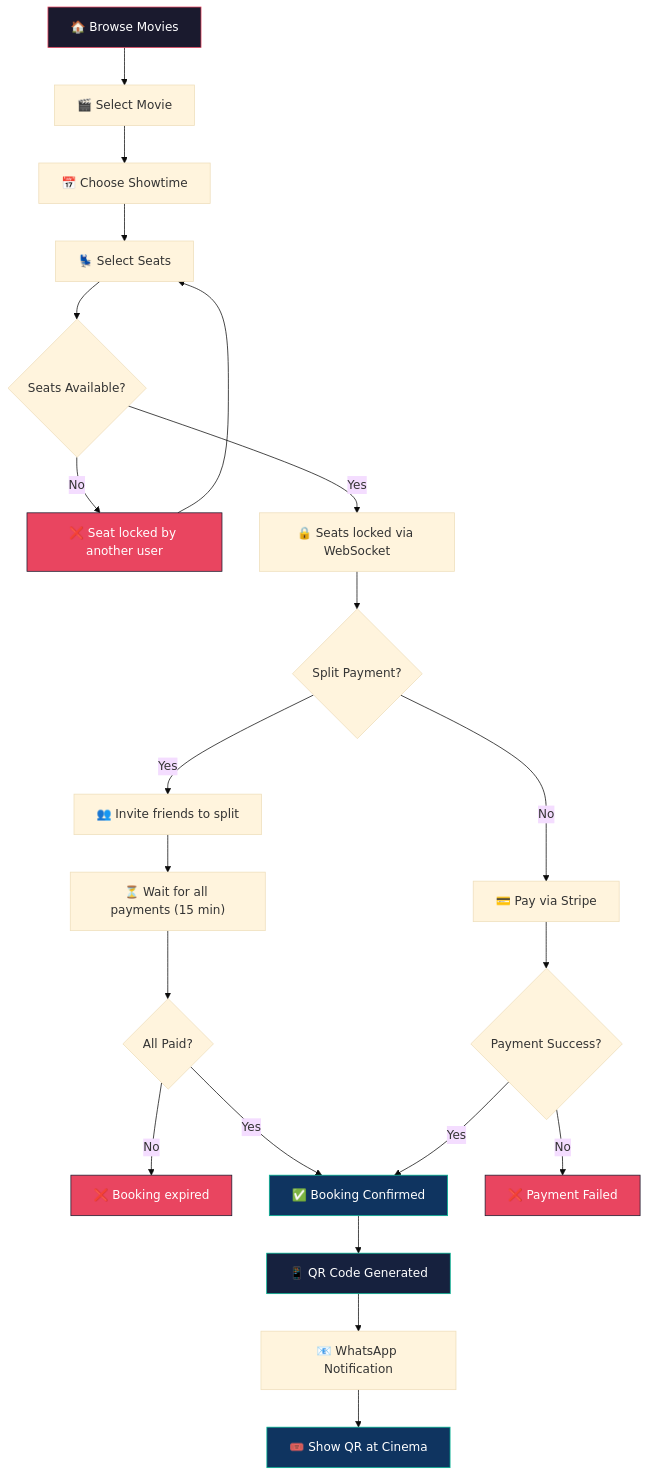
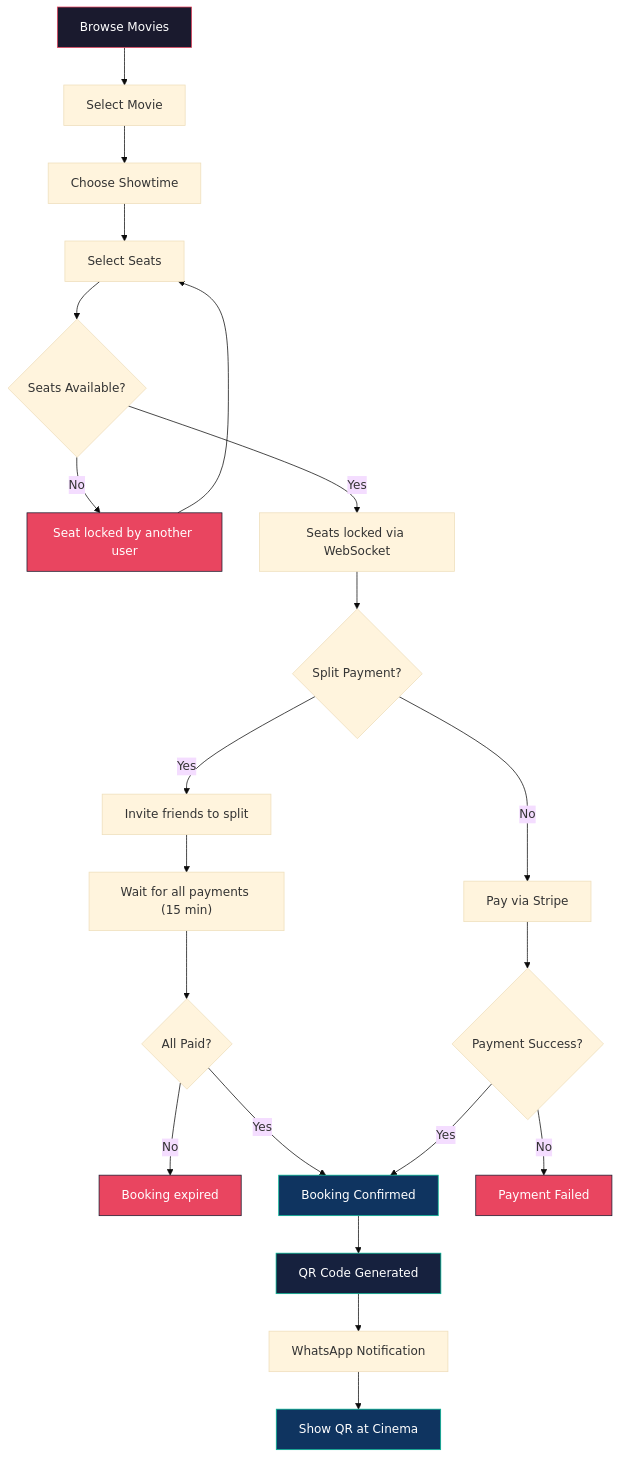
The sixth of 7 diagrams in README.md (Ntharusha/Lankan-Primire), drawn with Mermaid (base theme) before and after one commit. The commit also changed other lines of this file and 16 other files, not shown here.

````diff
--- a/README.md
+++ b/README.md
@@ -386,31 +396,31 @@
 ```mermaid
 flowchart TD
-    A["🏠 Browse Movies"] --> B["🎬 Select Movie"]
-    B --> C["📅 Choose Showtime"]
-    C --> D["💺 Select Seats"]
+    A["Browse Movies"] --> B["Select Movie"]
+    B --> C["Choose Showtime"]
+    C --> D["Select Seats"]
     D --> E{"Seats Available?"}
-    E -- No --> F["❌ Seat locked by another user"]
+    E -- No --> F["Seat locked by another user"]
     F --> D
-    E -- Yes --> G["🔒 Seats locked via WebSocket"]
+    E -- Yes --> G["Seats locked via WebSocket"]
     G --> H{"Split Payment?"}
-    H -- Yes --> I["👥 Invite friends to split"]
-    I --> J["⏳ Wait for all payments (15 min)"]
+    H -- Yes --> I["Invite friends to split"]
+    I --> J["Wait for all payments (15 min)"]
     J --> K{"All Paid?"}
-    K -- No --> L["❌ Booking expired"]
-    K -- Yes --> M["✅ Booking Confirmed"]
-    H -- No --> N["💳 Pay via Stripe"]
+    K -- No --> L["Booking expired"]
+    K -- Yes --> M["Booking Confirmed"]
+    H -- No --> N["Pay via Stripe"]
     N --> O{"Payment Success?"}
-    O -- No --> P["❌ Payment Failed"]
+    O -- No --> P["Payment Failed"]
     O -- Yes --> M
-    M --> Q["📱 QR Code Generated"]
-    Q --> R["📧 WhatsApp Notification"]
-    R --> S["🎟️ Show QR at Cinema"]
+    M --> Q["QR Code Generated"]
+    Q --> R["WhatsApp Notification"]
+    R --> S["Show QR at Cinema"]
 
     style A fill:#1a1a2e,stroke:#e94560,color:#fff
     style M fill:#0f3460,stroke:#00b894,color:#fff
     style Q fill:#16213e,stroke:#00b894,color:#fff
     style S fill:#0f3460,stroke:#00b894,color:#fff
     style F fill:#e94560,stroke:#1a1a2e,color:#fff
     style L fill:#e94560,stroke:#1a1a2e,color:#fff
     style P fill:#e94560,stroke:#1a1a2e,color:#fff
 ```
````
